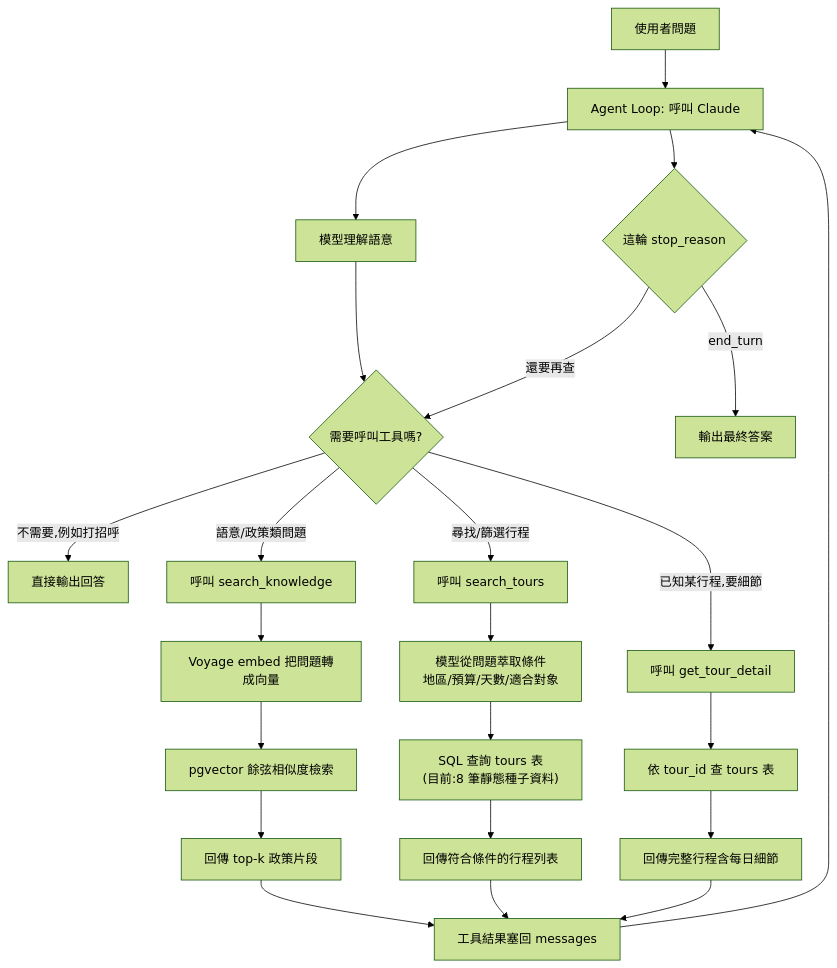
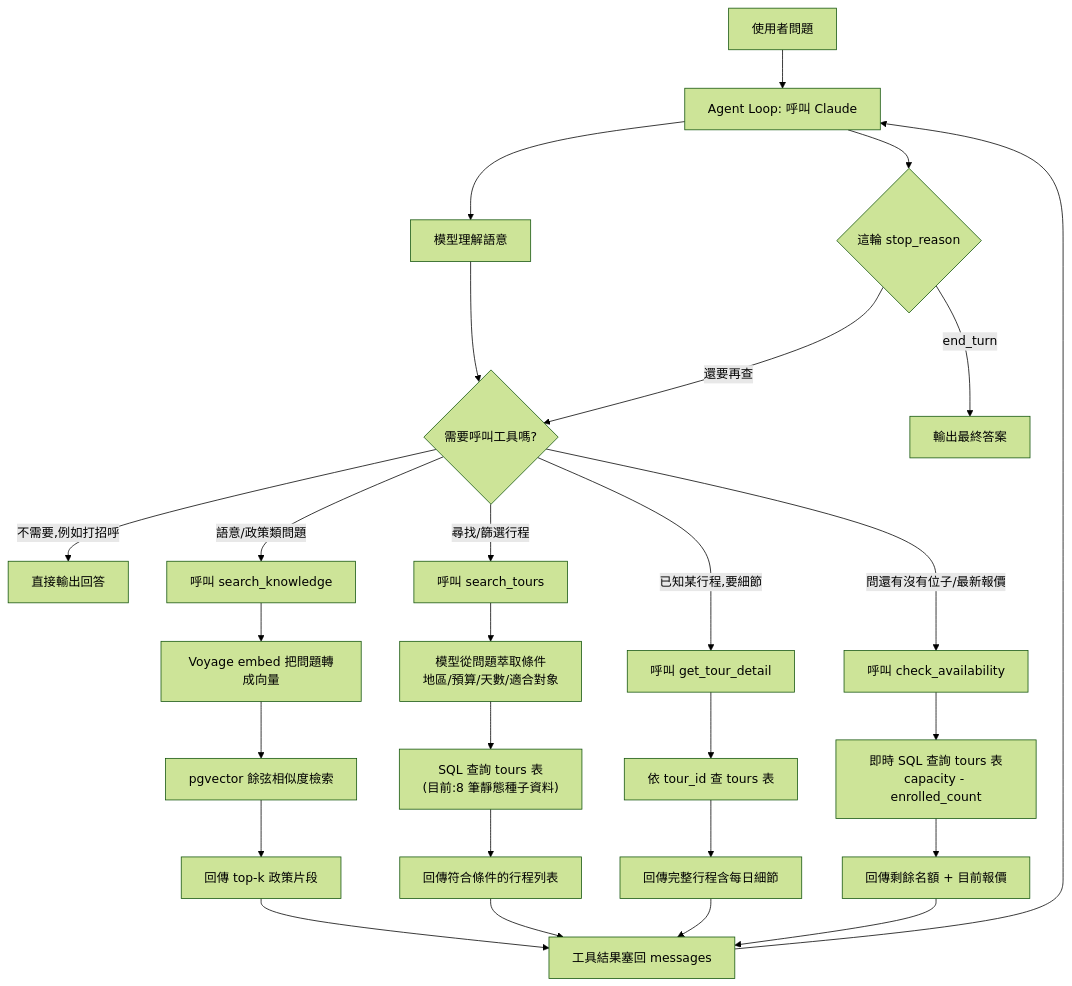
The diagram in README.md (YouyuLisng/agentic-rag-fastapi), drawn with Mermaid (forest theme) before and after one commit. The commit also changed other lines of this file, not shown here.

First line of the commit message:
docs: add check_availability to the architecture diagram

````diff
--- a/README.md
+++ b/README.md
@@ -33,29 +33,34 @@
 ```mermaid
 flowchart TD
     A[使用者問題] --> B[Agent Loop: 呼叫 Claude]
     B --> C[模型理解語意]
     C --> D{需要呼叫工具嗎?}
     D -->|不需要,例如打招呼| ZFinal[直接輸出回答]
 
     D -->|語意/政策類問題| E[呼叫 search_knowledge]
     E --> E1[Voyage embed 把問題轉成向量]
     E1 --> E2[pgvector 餘弦相似度檢索]
     E2 --> E3[回傳 top-k 政策片段]
     E3 --> Merge[工具結果塞回 messages]
 
     D -->|尋找/篩選行程| F[呼叫 search_tours]
     F --> F1[模型從問題萃取條件<br/>地區/預算/天數/適合對象]
     F1 --> F2["SQL 查詢 tours 表<br/>(目前:8 筆靜態種子資料)"]
     F2 --> F3[回傳符合條件的行程列表]
     F3 --> Merge
 
     D -->|已知某行程,要細節| G[呼叫 get_tour_detail]
     G --> G1[依 tour_id 查 tours 表]
     G1 --> G2[回傳完整行程含每日細節]
     G2 --> Merge
 
+    D -->|問還有沒有位子/最新報價| H[呼叫 check_availability]
+    H --> H1["即時 SQL 查詢 tours 表<br/>capacity - enrolled_count"]
+    H1 --> H2[回傳剩餘名額 + 目前報價]
+    H2 --> Merge
+
     Merge --> B
     B --> C2{這輪 stop_reason}
     C2 -->|還要再查| D
     C2 -->|end_turn| ZFinal2[輸出最終答案]
 ```
````
